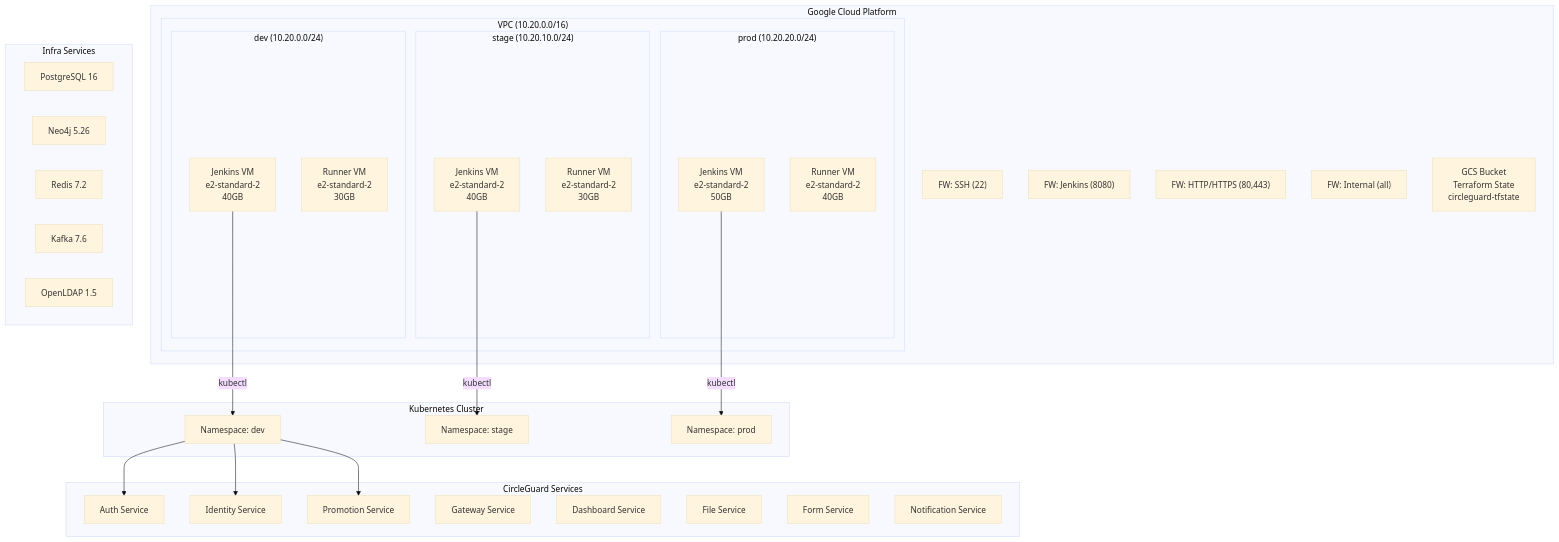
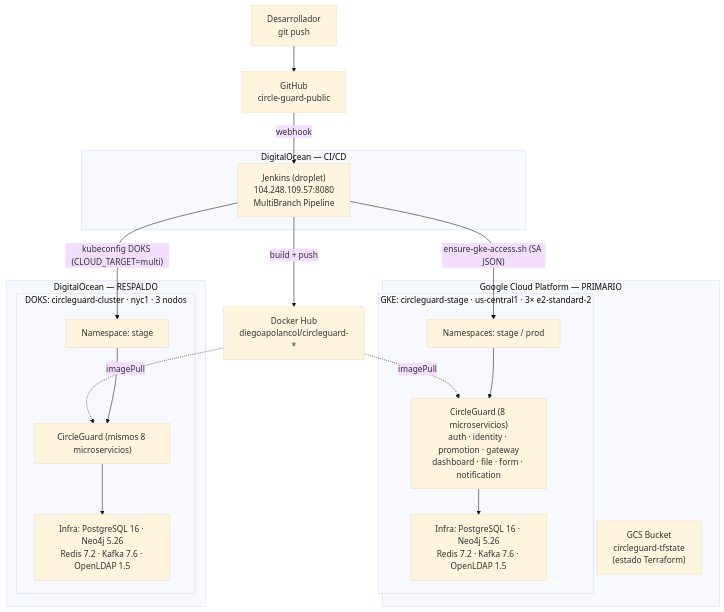
The first of 3 diagrams in docs/INFRAESTRUCTURA_ARQUITECTURA.md (diegopolancolozano/circle-guard-public), drawn with Mermaid (base theme) before and after one commit. The commit also changed other lines of this file and 2 other files, not shown here.

Commit message:
docs: arquitectura real (infra+multicloud) y consolidacion de performance; fix compose de tests (Ryuk/continue) [skip ci]

````diff
--- a/docs/INFRAESTRUCTURA_ARQUITECTURA.md
+++ b/docs/INFRAESTRUCTURA_ARQUITECTURA.md
@@ -5,60 +10,35 @@
 ```mermaid
 graph TB
-    subgraph "Google Cloud Platform"
-        subgraph "VPC (10.20.0.0/16)"
-            subgraph "dev (10.20.0.0/24)"
-                VM_DEV_J["Jenkins VM<br/>e2-standard-2<br/>40GB"]
-                VM_DEV_R["Runner VM<br/>e2-standard-2<br/>30GB"]
-            end
+    DEV["Desarrollador<br/>git push"] --> REPO["GitHub<br/>circle-guard-public"]
+    REPO -->|webhook| JENKINS
 
-            subgraph "stage (10.20.10.0/24)"
-                VM_STG_J["Jenkins VM<br/>e2-standard-2<br/>40GB"]
-                VM_STG_R["Runner VM<br/>e2-standard-2<br/>30GB"]
-            end
-
-            subgraph "prod (10.20.20.0/24)"
-                VM_PROD_J["Jenkins VM<br/>e2-standard-2<br/>50GB"]
-                VM_PROD_R["Runner VM<br/>e2-standard-2<br/>40GB"]
-            end
-        end
-
-        FW_SSH["FW: SSH (22)"]
-        FW_JENKINS["FW: Jenkins (8080)"]
-        FW_HTTP["FW: HTTP/HTTPS (80,443)"]
-        FW_INT["FW: Internal (all)"]
-
-        GCS_STATE["GCS Bucket<br/>Terraform State<br/>circleguard-tfstate"]
+    subgraph DO_CI["DigitalOcean — CI/CD"]
+        JENKINS["Jenkins (droplet)<br/>104.248.109.57:8080<br/>MultiBranch Pipeline"]
     end
 
-    subgraph "Kubernetes Cluster"
-        NS_DEV["Namespace: dev"]
-        NS_STAGE["Namespace: stage"]
-        NS_PROD["Namespace: prod"]
+    JENKINS -->|build + push| DH["Docker Hub<br/>diegoapolancol/circleguard-*"]
+
+    subgraph GCP["Google Cloud Platform — PRIMARIO"]
+        subgraph GKE["GKE: circleguard-stage · us-central1 · 3× e2-standard-2"]
+            GKE_NS["Namespaces: stage / prod"]
+            G_SVCS["CircleGuard (8 microservicios)<br/>auth · identity · promotion · gateway<br/>dashboard · file · form · notification"]
+            G_INFRA["Infra: PostgreSQL 16 · Neo4j 5.26<br/>Redis 7.2 · Kafka 7.6 · OpenLDAP 1.5"]
+        end
+        GCS_STATE["GCS Bucket<br/>circleguard-tfstate<br/>(estado Terraform)"]
     end
 
-    subgraph "CircleGuard Services"
-        AUTH["Auth Service"]
-        IDENTITY["Identity Service"]
-        PROMOTION["Promotion Service"]
-        GATEWAY["Gateway Service"]
-        DASHBOARD["Dashboard Service"]
-        FILE["File Service"]
-        FORM["Form Service"]
-        NOTIF["Notification Service"]
+    subgraph DO["DigitalOcean — RESPALDO"]
+        subgraph DOKS["DOKS: circleguard-cluster · nyc1 · 3 nodos"]
+            DO_NS["Namespace: stage"]
+            D_SVCS["CircleGuard (mismos 8 microservicios)"]
+            D_INFRA["Infra: PostgreSQL 16 · Neo4j 5.26<br/>Redis 7.2 · Kafka 7.6 · OpenLDAP 1.5"]
+        end
     end
 
-    subgraph "Infra Services"
-        PG["PostgreSQL 16"]
-        NEO["Neo4j 5.26"]
-        REDIS["Redis 7.2"]
-        KAFKA["Kafka 7.6"]
-        LDAP["OpenLDAP 1.5"]
-    end
-
-    VM_DEV_J -->|kubectl| NS_DEV
-    VM_STG_J -->|kubectl| NS_STAGE
-    VM_PROD_J -->|kubectl| NS_PROD
-    NS_DEV --> AUTH
-    NS_DEV --> IDENTITY
-    NS_DEV --> PROMOTION
+    JENKINS -->|"ensure-gke-access.sh (SA JSON)"| GKE_NS
+    JENKINS -->|"kubeconfig DOKS (CLOUD_TARGET=multi)"| DO_NS
+    DH -.->|imagePull| G_SVCS
+    DH -.->|imagePull| D_SVCS
+    GKE_NS --> G_SVCS --> G_INFRA
+    DO_NS --> D_SVCS --> D_INFRA
 ```
````
